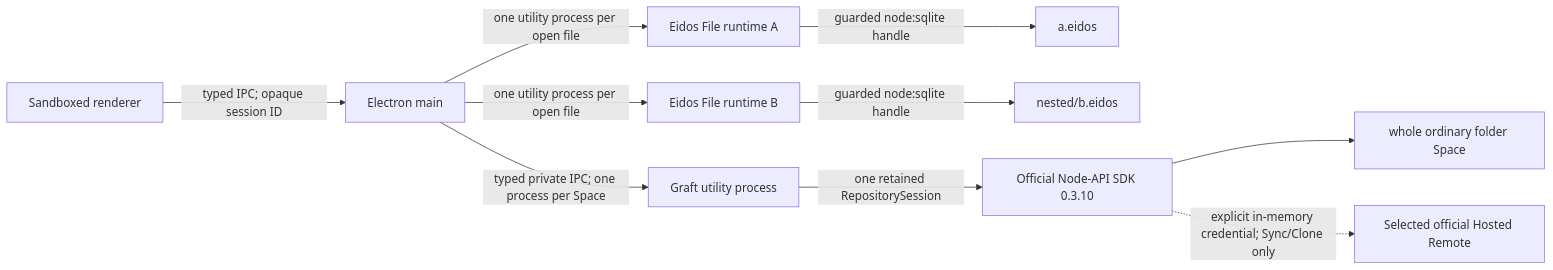
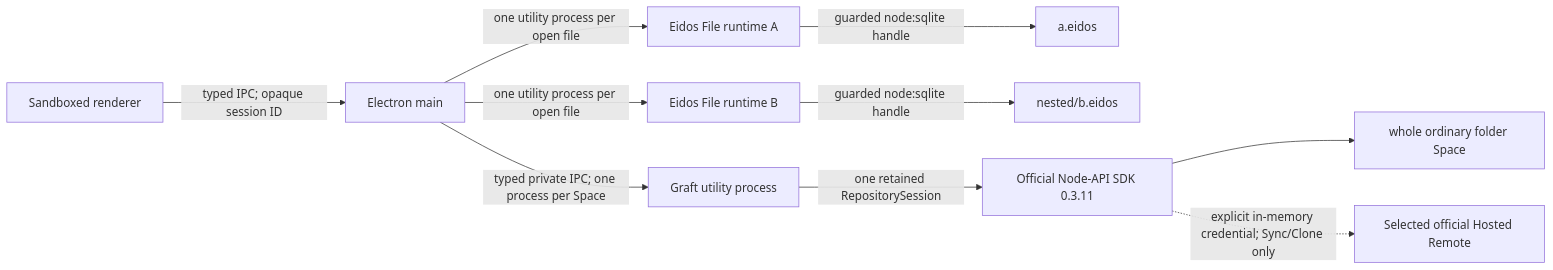
The first of 3 diagrams in apps/eidos-lite-desktop/docs/ARCHITECTURE.md (mayneyao/eidos), drawn with Mermaid before and after one commit. The commit also changed other lines of this file and 31 other files, not shown here.

````diff
--- a/apps/eidos-lite-desktop/docs/ARCHITECTURE.md
+++ b/apps/eidos-lite-desktop/docs/ARCHITECTURE.md
@@ -58,12 +58,12 @@
 ```mermaid
 flowchart LR
   R["Sandboxed renderer"] -->|"typed IPC; opaque session ID"| M["Electron main"]
   M -->|"one utility process per open file"| F1["Eidos File runtime A"]
   M -->|"one utility process per open file"| F2["Eidos File runtime B"]
   F1 -->|"guarded node:sqlite handle"| E1["a.eidos"]
   F2 -->|"guarded node:sqlite handle"| E2["nested/b.eidos"]
   M -->|"typed private IPC; one process per Space"| G["Graft utility process"]
-  G -->|"one retained RepositorySession"| N["Official Node-API SDK 0.3.10"]
+  G -->|"one retained RepositorySession"| N["Official Node-API SDK 0.3.11"]
   N --> S["whole ordinary folder Space"]
   N -. "explicit in-memory credential; Sync/Clone only" .-> H["Selected official Hosted Remote"]
 ```
````
